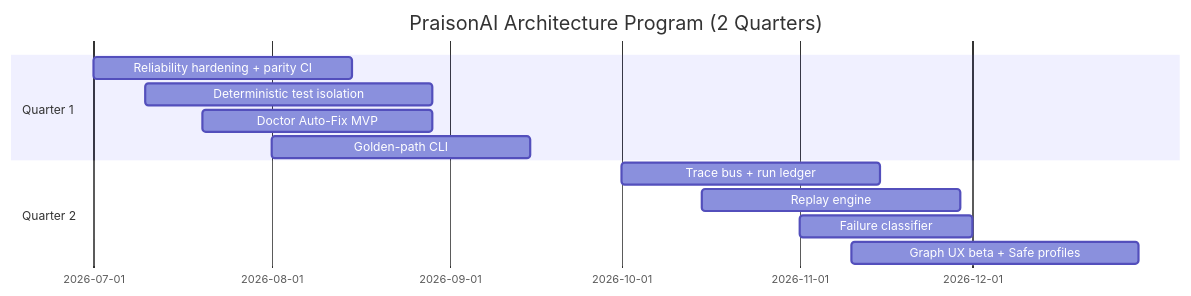
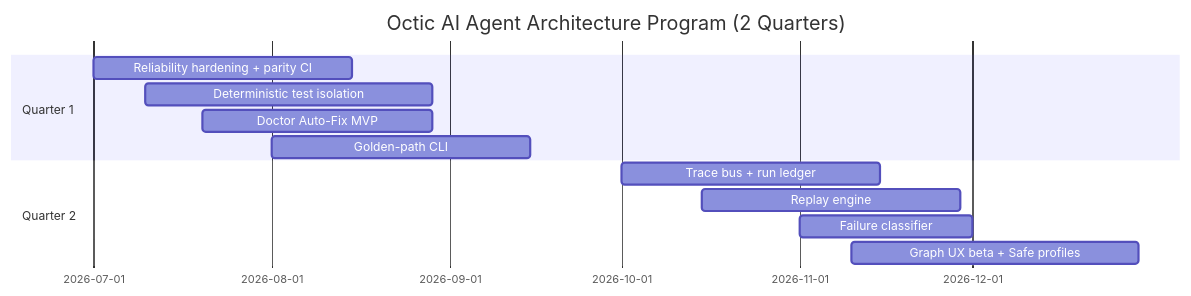
One commit to Aravindh-dev12/octic-Agent changed the sixth of 6 diagrams in ARCHITECTURE.md. Above: the diagram before and after it, drawn with Mermaid. The commit also changed other lines of this file and 175 other files, not shown here.

First line of the commit message:
Rename project to Octic AI Agent

````diff
--- a/ARCHITECTURE.md
+++ b/ARCHITECTURE.md
@@ -555,15 +555,15 @@
 ```mermaid
 gantt
-    title PraisonAI Architecture Program (2 Quarters)
+    title Octic AI Agent Architecture Program (2 Quarters)
     dateFormat  YYYY-MM-DD
     section Quarter 1
     Reliability hardening + parity CI       :a1, 2026-07-01, 45d
     Deterministic test isolation            :a2, 2026-07-10, 50d
     Doctor Auto-Fix MVP                     :a3, 2026-07-20, 40d
     Golden-path CLI                         :a4, 2026-08-01, 45d
     section Quarter 2
     Trace bus + run ledger                  :b1, 2026-10-01, 45d
     Replay engine                           :b2, 2026-10-15, 45d
     Failure classifier                      :b3, 2026-11-01, 30d
     Graph UX beta + Safe profiles           :b4, 2026-11-10, 50d
 ```
````
